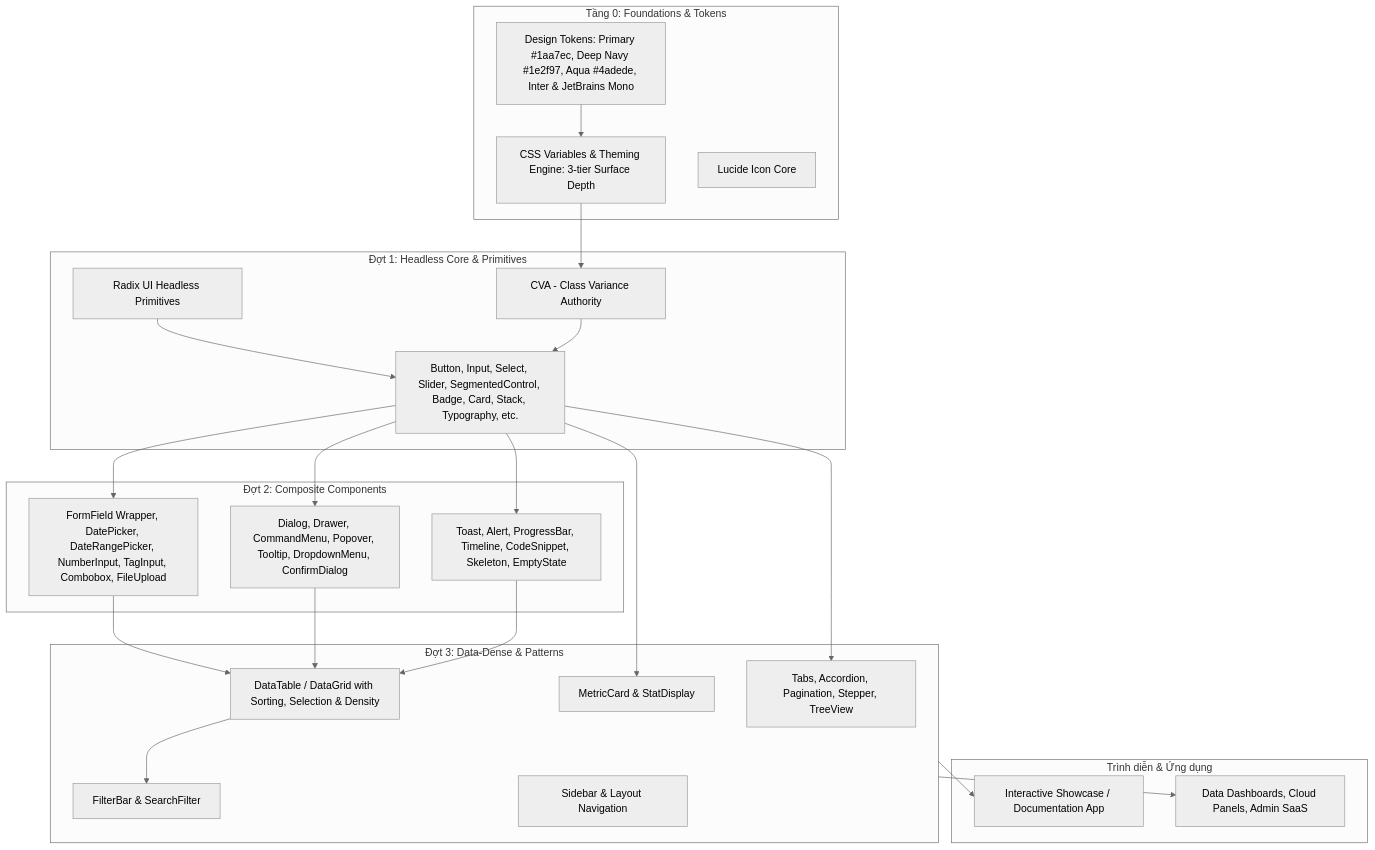
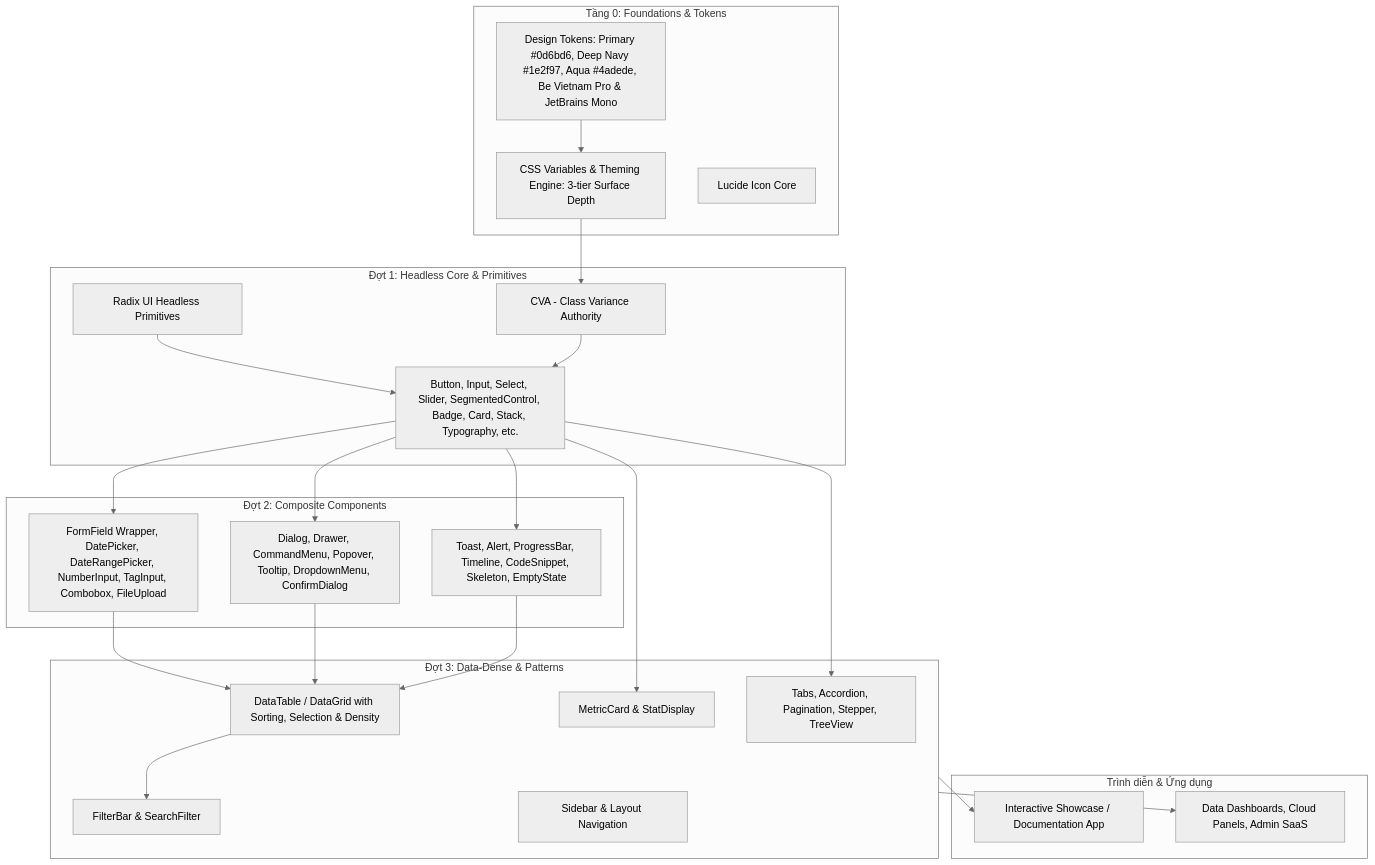
One commit to Belphegor2801/belp-ui-kit changed the diagram in docs/ARCHITECTURE.md. Above: the diagram before and after it, drawn with Mermaid (neutral theme). The commit also changed other lines of this file and 6 other files, not shown here.

Commit message:
style: set Be Vietnam Pro as primary UI font for optimized Vietnamese typography

````diff
--- a/docs/ARCHITECTURE.md
+++ b/docs/ARCHITECTURE.md
@@ -7,49 +7,49 @@
 ```mermaid
 flowchart TD
     subgraph Layer0["Tầng 0: Foundations & Tokens"]
-        Tokens[Design Tokens: Primary #1aa7ec, Deep Navy #1e2f97, Aqua #4adede, Inter & JetBrains Mono]
+        Tokens[Design Tokens: Primary #0d6bd6, Deep Navy #1e2f97, Aqua #4adede, Be Vietnam Pro & JetBrains Mono]
         CSSVars[CSS Variables & Theming Engine: 3-tier Surface Depth]
         Icons[Lucide Icon Core]
     end
 
     subgraph Layer1["Đợt 1: Headless Core & Primitives"]
         RadixPrimitives[Radix UI Headless Primitives]
         BaseStyles[CVA - Class Variance Authority]
         Primitives[Button, Input, Select, Slider, SegmentedControl, Badge, Card, Stack, Typography, etc.]
     end
 
     subgraph Layer2["Đợt 2: Composite Components"]
         FormFields[FormField Wrapper, DatePicker, DateRangePicker, NumberInput, TagInput, Combobox, FileUpload]
         Overlays[Dialog, Drawer, CommandMenu, Popover, Tooltip, DropdownMenu, ConfirmDialog]
         Feedback[Toast, Alert, ProgressBar, Timeline, CodeSnippet, Skeleton, EmptyState]
     end
 
     subgraph Layer3["Đợt 3: Data-Dense & Patterns"]
         DataTable[DataTable / DataGrid with Sorting, Selection & Density]
         DataFilters[FilterBar & SearchFilter]
         Metrics[MetricCard & StatDisplay]
         Nav[Tabs, Accordion, Pagination, Stepper, TreeView]
         Shell[Sidebar & Layout Navigation]
     end
 
     subgraph Consumers["Trình diễn & Ứng dụng"]
         Playground[Interactive Showcase / Documentation App]
         EndUserApps[Data Dashboards, Cloud Panels, Admin SaaS]
     end
 
     Tokens --> CSSVars
     CSSVars --> BaseStyles
     RadixPrimitives --> Primitives
     BaseStyles --> Primitives
     Primitives --> FormFields
     Primitives --> Overlays
     Primitives --> Feedback
     FormFields --> DataTable
     Overlays --> DataTable
     Feedback --> DataTable
     DataTable --> DataFilters
     Primitives --> Metrics
     Primitives --> Nav
     Layer3 --> Playground
     Layer3 --> EndUserApps
 ```
````
